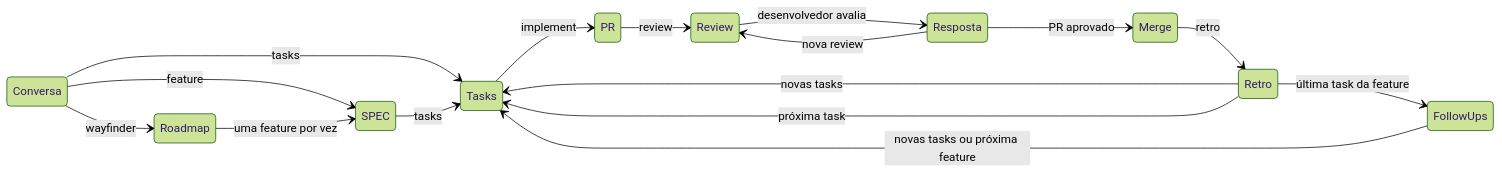
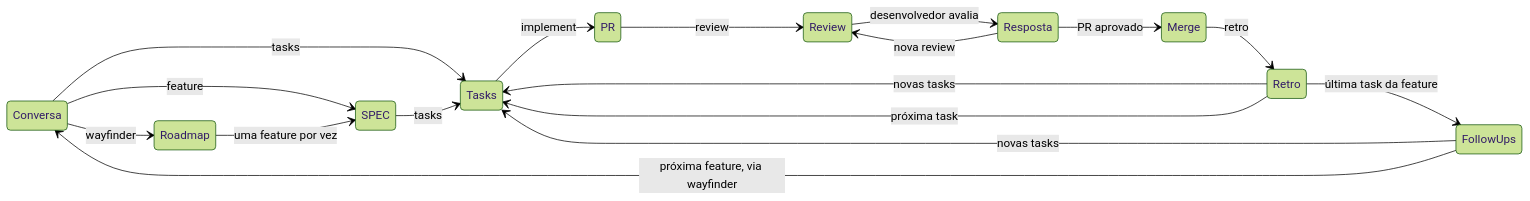
One commit to GuiBayma/skills changed the diagram in WORKFLOW.md. Above: the diagram before and after it, drawn with Mermaid (forest theme). The commit also changed other lines of this file, not shown here.

First line of the commit message:
Abre a próxima feature pelo wayfinder e restringe a regra de sessão nova

````diff
--- a/WORKFLOW.md
+++ b/WORKFLOW.md
@@ -12,19 +12,20 @@
 ```mermaid
 stateDiagram-v2
     direction LR
     Conversa --> SPEC: feature
     Conversa --> Tasks: tasks
     Conversa --> Roadmap: wayfinder
     Roadmap --> SPEC: uma feature por vez
     SPEC --> Tasks: tasks
     Tasks --> PR: implement
     PR --> Review: review
     Review --> Resposta: desenvolvedor avalia
     Resposta --> Review: nova review
     Resposta --> Merge: PR aprovado
     Merge --> Retro: retro
     Retro --> Tasks: novas tasks
     Retro --> FollowUps: última task da feature
     Retro --> Tasks: próxima task
-    FollowUps --> Tasks: novas tasks ou próxima feature
+    FollowUps --> Tasks: novas tasks
+    FollowUps --> Conversa: próxima feature, via wayfinder
 ```
````
